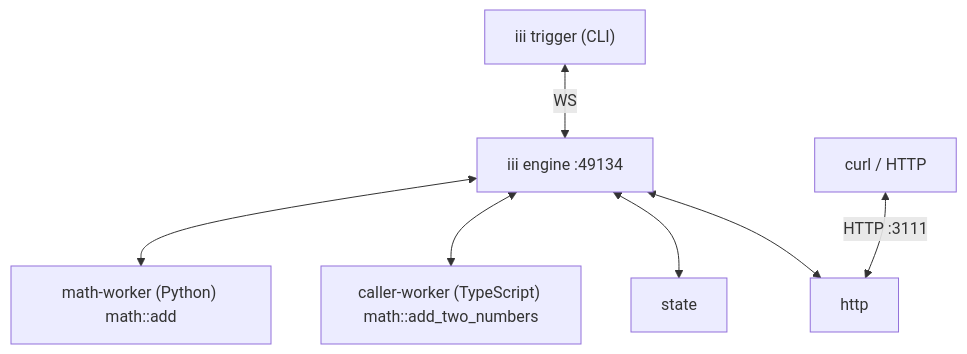
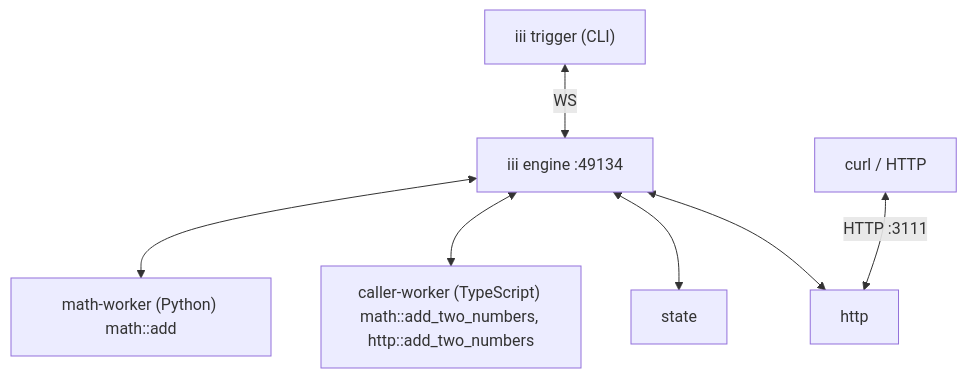
Before and after one commit to iii-hq/iii: the diagram in docs/next/understanding-iii/index.mdx, drawn with Mermaid. The commit also changed other lines of this file and 119 other files, not shown here.

````diff
--- a/docs/next/understanding-iii/index.mdx
+++ b/docs/next/understanding-iii/index.mdx
@@ -62,10 +63,10 @@
 ```mermaid
 graph TD
   CLI["iii trigger (CLI)"] <-->|WS| Engine["iii engine :49134"]
   HTTP["curl / HTTP"] <-->|HTTP :3111| HttpWorker
 
   Engine <--> Math["math-worker (Python) math::add"]
-  Engine <--> Caller["caller-worker (TypeScript) math::add_two_numbers"]
+  Engine <--> Caller["caller-worker (TypeScript) math::add_two_numbers, http::add_two_numbers"]
   Engine <--> State["state"]
   Engine <--> HttpWorker["http"]
 ```
````
